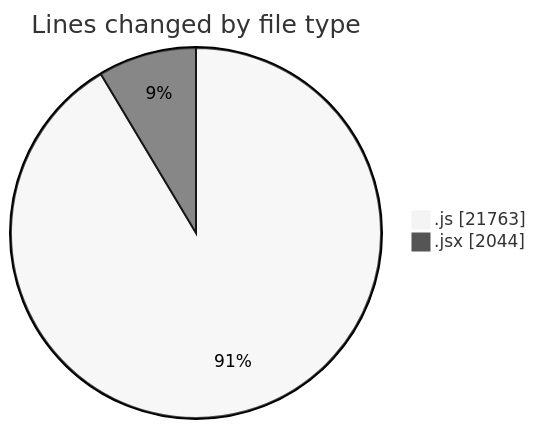
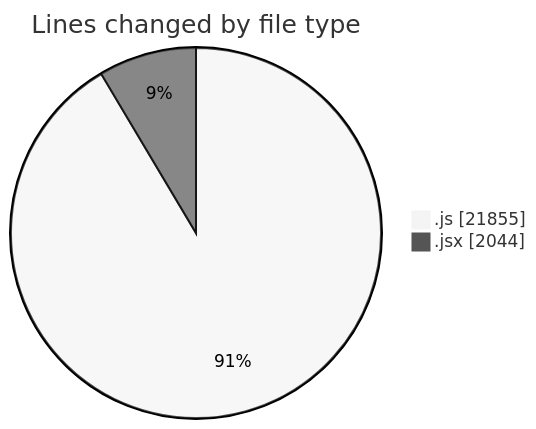
The first of 2 diagrams in 2025-10-01/nxtqube_webapp/README.md (nxtqubesakshisongat/code-tracking), drawn with Mermaid (neutral theme) before and after one commit. The commit also changed other lines of this file and 1 other file, not shown here.

````diff
--- a/2025-10-01/nxtqube_webapp/README.md
+++ b/2025-10-01/nxtqube_webapp/README.md
@@ -22,6 +22,6 @@
 ```mermaid
 pie showData
 title Lines changed by file type
-".js" : 21763
+".js" : 21855
 ".jsx" : 2044
 ```
````
